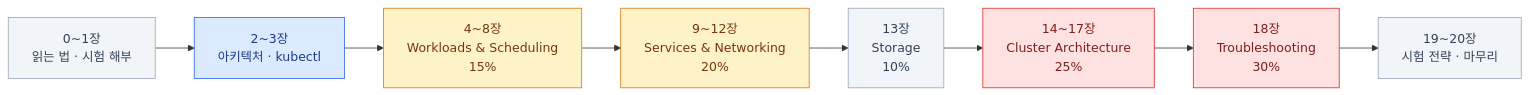
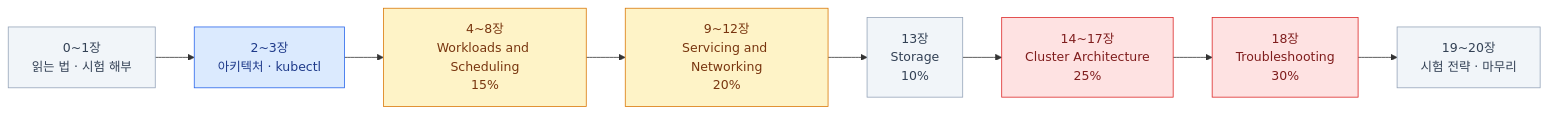
One commit to mechurak/study-starlight changed the diagram in src/content/docs/cka/index.mdx. Above: the diagram before and after it, drawn with Mermaid. The commit also changed other lines of this file and 22 other files, not shown here.

````diff
--- a/src/content/docs/cka/index.mdx
+++ b/src/content/docs/cka/index.mdx
@@ -18,19 +18,19 @@
 ```mermaid
 flowchart LR
     I["0~1장<br/>읽는 법 · 시험 해부"] --> B["2~3장<br/>아키텍처 · kubectl"]
-    B --> W["4~8장<br/>Workloads &amp; Scheduling<br/>15%"]
-    W --> N["9~12장<br/>Services &amp; Networking<br/>20%"]
+    B --> W["4~8장<br/>Workloads and Scheduling<br/>15%"]
+    W --> N["9~12장<br/>Servicing and Networking<br/>20%"]
     N --> S["13장<br/>Storage<br/>10%"]
     S --> C["14~17장<br/>Cluster Architecture<br/>25%"]
     C --> T["18장<br/>Troubleshooting<br/>30%"]
     T --> E["19~20장<br/>시험 전략 · 마무리"]
 
     classDef big fill:#fee2e2,stroke:#dc2626,color:#7f1d1d
     classDef mid fill:#fef3c7,stroke:#d97706,color:#78350f
     classDef base fill:#dbeafe,stroke:#2563eb,color:#1e3a8a
     classDef mute fill:#f1f5f9,stroke:#94a3b8,color:#334155
     class T,C big
     class N,W mid
     class B base
     class I,S,E mute
 ```
````
